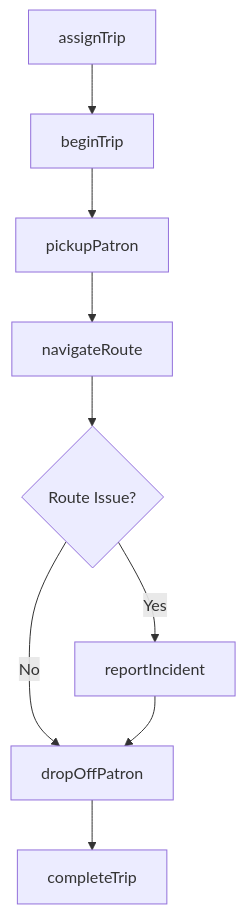
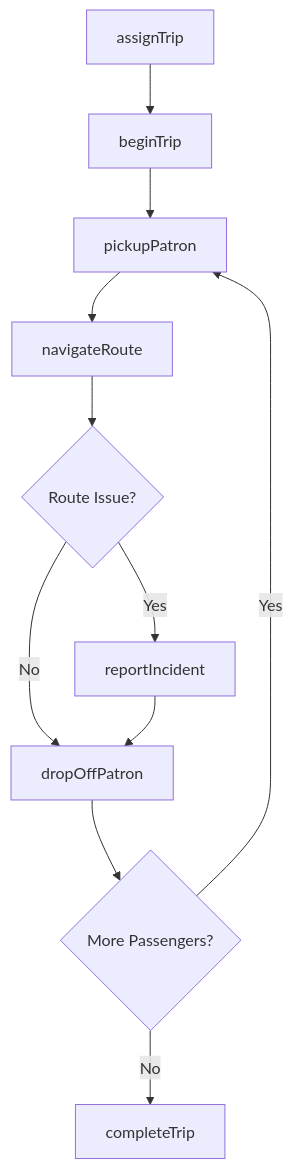
Before and after one commit to dot-org-ai/tasks.org.ai: the third of 4 diagrams in OperatingVehiclesMechanizedDevicesOrEquipment/OperateTransportationEquipmentOrVehicles/DriveVehiclesTransportPatrons.mdx, drawn with Mermaid. The commit also changed other lines of this file and 307 other files, not shown here.

First line of the commit message:
feat: Add ER diagrams and state diagrams to remaining 308 DWA task files (wave 3 complete)

````diff
--- a/OperatingVehiclesMechanizedDevicesOrEquipment/OperateTransportationEquipmentOrVehicles/DriveVehiclesTransportPatrons.mdx
+++ b/OperatingVehiclesMechanizedDevicesOrEquipment/OperateTransportationEquipmentOrVehicles/DriveVehiclesTransportPatrons.mdx
@@ -87,11 +115,13 @@
 ```mermaid
 graph TD
     A[assignTrip] --> B[beginTrip]
     B --> C[pickupPatron]
     C --> D[navigateRoute]
     D --> E{Route Issue?}
     E -->|Yes| F[reportIncident]
     E -->|No| G[dropOffPatron]
     F --> G
-    G --> H[completeTrip]
+    G --> H{More Passengers?}
+    H -->|Yes| C
+    H -->|No| I[completeTrip]
 ```
````
